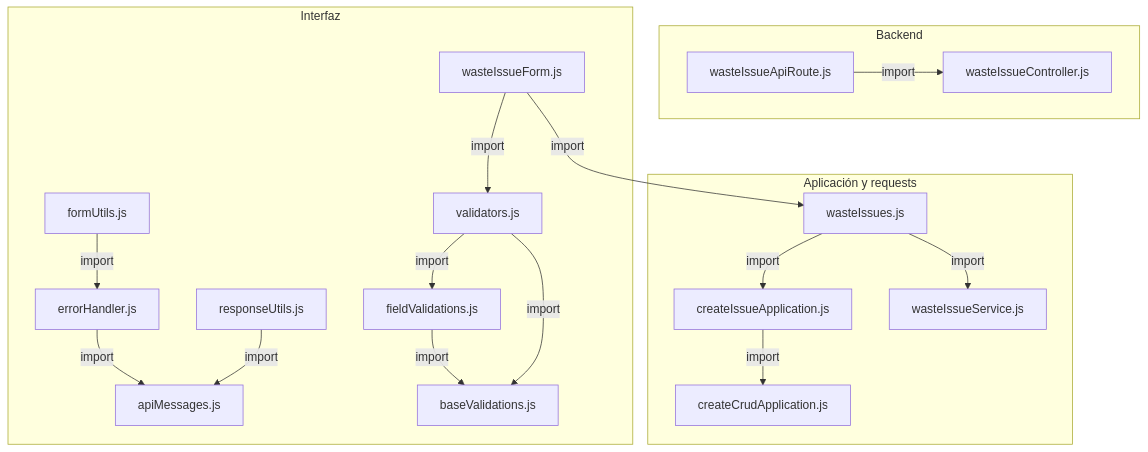
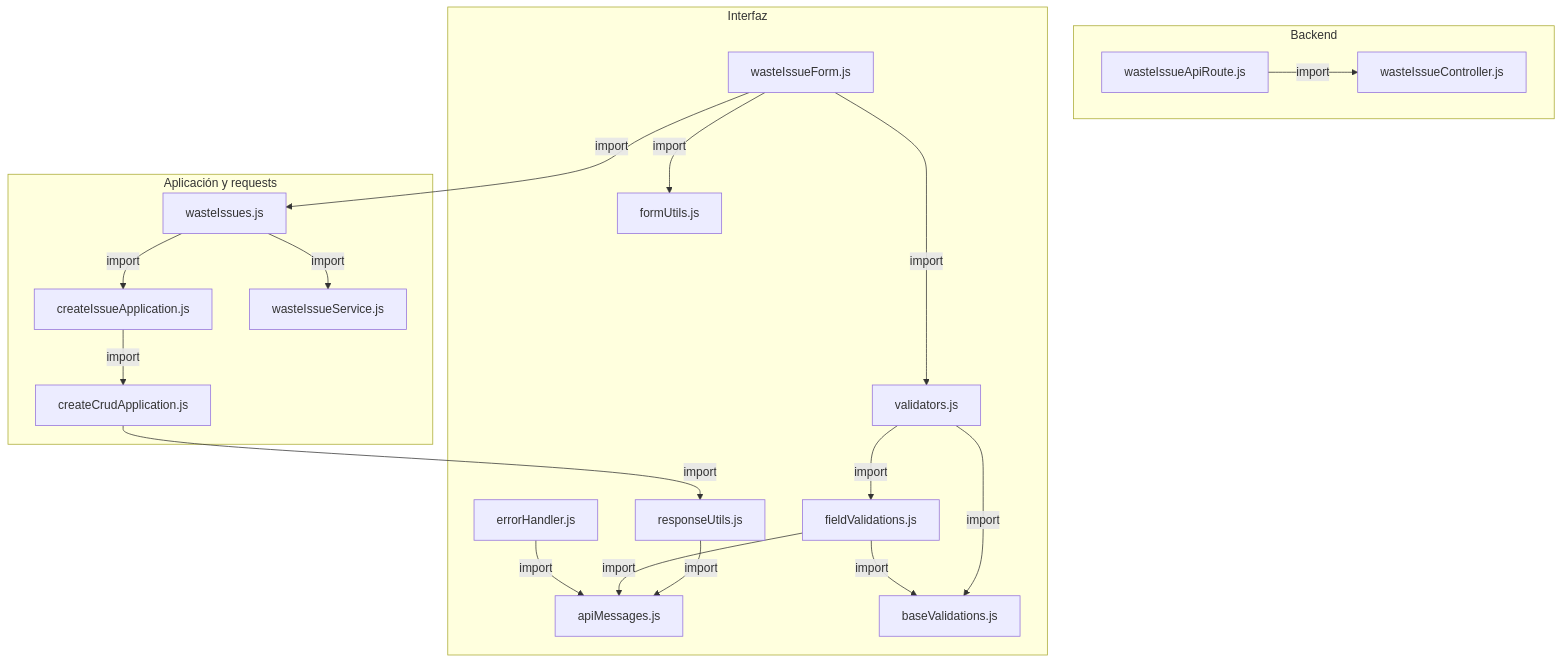
The first of 2 diagrams in docs/architecture/views/processes/frontend-code-sequences/issues/cu-sal-11.md (gpgsistemas01/nexus), drawn with Mermaid before and after one commit. The commit also changed 200 other files, not shown here.

````diff
--- a/docs/architecture/views/processes/frontend-code-sequences/issues/cu-sal-11.md
+++ b/docs/architecture/views/processes/frontend-code-sequences/issues/cu-sal-11.md
@@ -50,35 +50,37 @@
 ```mermaid
 flowchart TB
     subgraph Component0["Backend"]
         FileWasteIssueController["wasteIssueController.js"]
         Transport["wasteIssueApiRoute.js"]
     end
     subgraph Component1["Aplicación y requests"]
         Application["createCrudApplication.js"]
         FileCreateIssueApplication["createIssueApplication.js"]
         FileWasteIssues["wasteIssues.js"]
         Request["wasteIssueService.js"]
     end
     subgraph Component2["Interfaz"]
         FileApiMessages["apiMessages.js"]
         View["wasteIssueForm.js"]
         FormUtils["formUtils.js"]
         FileErrorHandler["errorHandler.js"]
         FileResponseUtils["responseUtils.js"]
         FileBaseValidations["baseValidations.js"]
         FileFieldValidations["fieldValidations.js"]
         FileValidators["validators.js"]
     end
+    Application -->|import| FileResponseUtils
     FileCreateIssueApplication -->|import| Application
-    FileWasteIssues -->|import| Request
-    FileWasteIssues -->|import| FileCreateIssueApplication
-    View -->|import| FileWasteIssues
-    View -->|import| FileValidators
-    FormUtils -->|import| FileErrorHandler
     FileErrorHandler -->|import| FileApiMessages
+    FileFieldValidations -->|import| FileApiMessages
+    FileFieldValidations -->|import| FileBaseValidations
     FileResponseUtils -->|import| FileApiMessages
-    FileFieldValidations -->|import| FileBaseValidations
     FileValidators -->|import| FileBaseValidations
     FileValidators -->|import| FileFieldValidations
+    FileWasteIssues -->|import| FileCreateIssueApplication
+    FileWasteIssues -->|import| Request
     Transport -->|import| FileWasteIssueController
+    View -->|import| FileValidators
+    View -->|import| FileWasteIssues
+    View -->|import| FormUtils
 ```
````
